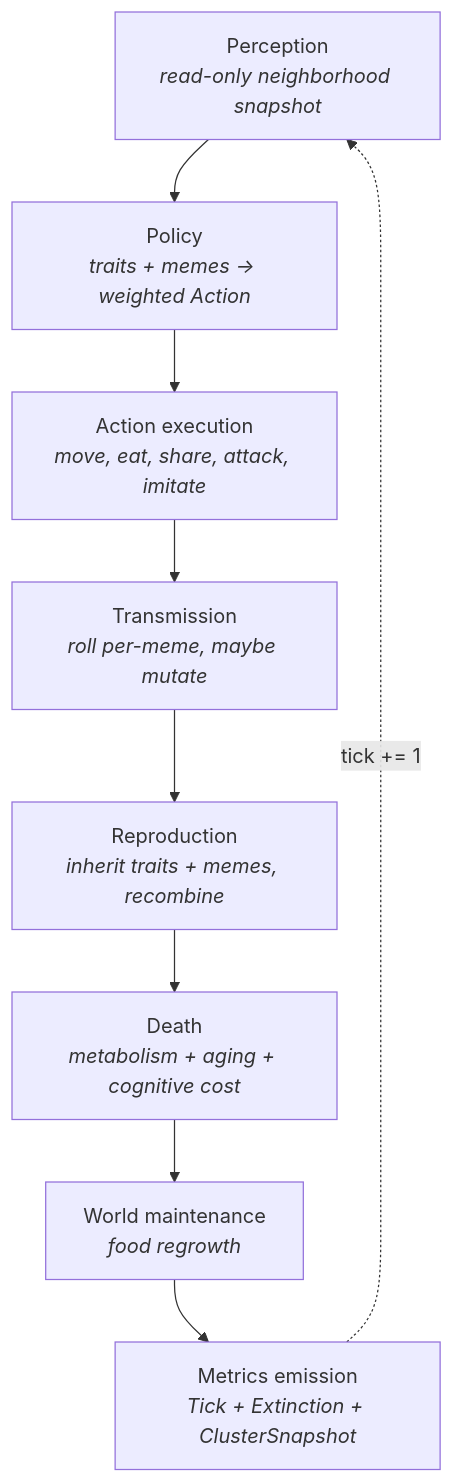
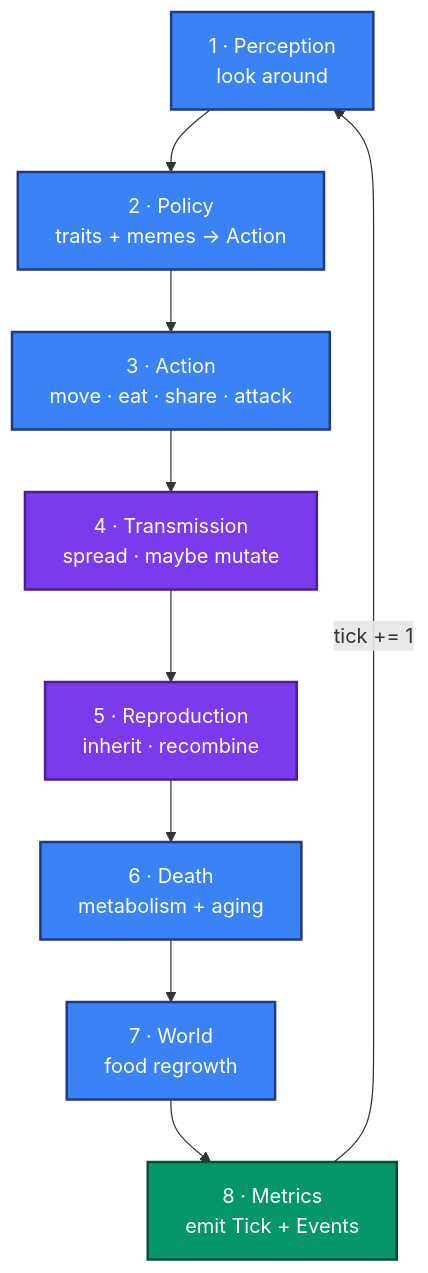
Before and after one commit to LucaCevasco/MemeGarden: the second of 3 diagrams in README.md, drawn with Mermaid. The commit also changed other lines of this file and 4 other files, not shown here.

````diff
--- a/README.md
+++ b/README.md
@@ -110,13 +117,17 @@
 ```mermaid
 flowchart TB
-    P1[Perception<br/><i>read-only neighborhood snapshot</i>]
-    P2[Policy<br/><i>traits + memes → weighted Action</i>]
-    P3[Action execution<br/><i>move, eat, share, attack, imitate</i>]
-    P4[Transmission<br/><i>roll per-meme, maybe mutate</i>]
-    P5[Reproduction<br/><i>inherit traits + memes, recombine</i>]
-    P6[Death<br/><i>metabolism + aging + cognitive cost</i>]
-    P7[World maintenance<br/><i>food regrowth</i>]
-    P8[Metrics emission<br/><i>Tick + Extinction + ClusterSnapshot</i>]
+    P1["1 · Perception<br/>look around"]:::life
+    P2["2 · Policy<br/>traits + memes → Action"]:::life
+    P3["3 · Action<br/>move · eat · share · attack"]:::life
+    P4["4 · Transmission<br/>spread · maybe mutate"]:::evo
+    P5["5 · Reproduction<br/>inherit · recombine"]:::evo
+    P6["6 · Death<br/>metabolism + aging"]:::life
+    P7["7 · World<br/>food regrowth"]:::life
+    P8["8 · Metrics<br/>emit Tick + Events"]:::out
     P1 --> P2 --> P3 --> P4 --> P5 --> P6 --> P7 --> P8
-    P8 -. "tick += 1" .-> P1
+    P8 -->|"tick += 1"| P1
+
+    classDef life fill:#3b82f6,stroke:#1e3a8a,color:#fff,stroke-width:2px;
+    classDef evo fill:#7c3aed,stroke:#4c1d95,color:#fff,stroke-width:2px;
+    classDef out fill:#059669,stroke:#064e3b,color:#fff,stroke-width:2px;
 ```
````
